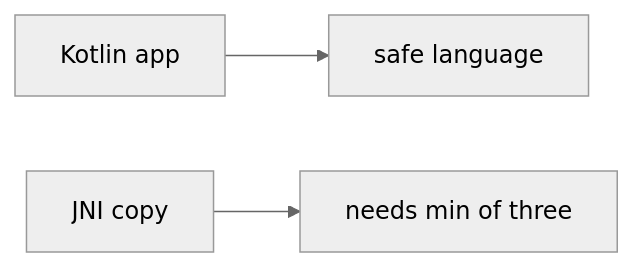
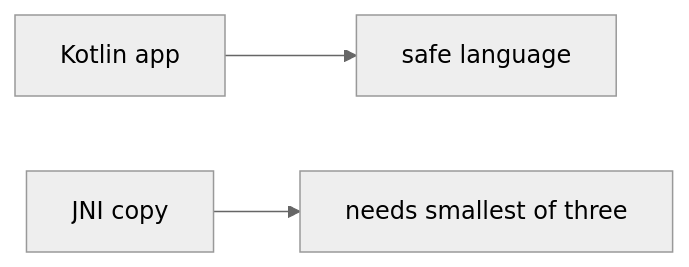
The diagram in content/modules/e/E4/lessons/07-transfer.md (ishitvagoel/LearnSecurity), drawn with Mermaid (neutral theme) before and after one commit. The commit also changed other lines of this file and 55 other files, not shown here.

````diff
--- a/content/modules/e/E4/lessons/07-transfer.md
+++ b/content/modules/e/E4/lessons/07-transfer.md
@@ -26,5 +25,5 @@
 ```mermaid
 flowchart LR
   Kt[Kotlin app] --> Belief[safe language]
-  Jni[JNI copy] --> Reality[needs min of three]
+  Jni[JNI copy] --> Reality[needs smallest of three]
 ```
````
